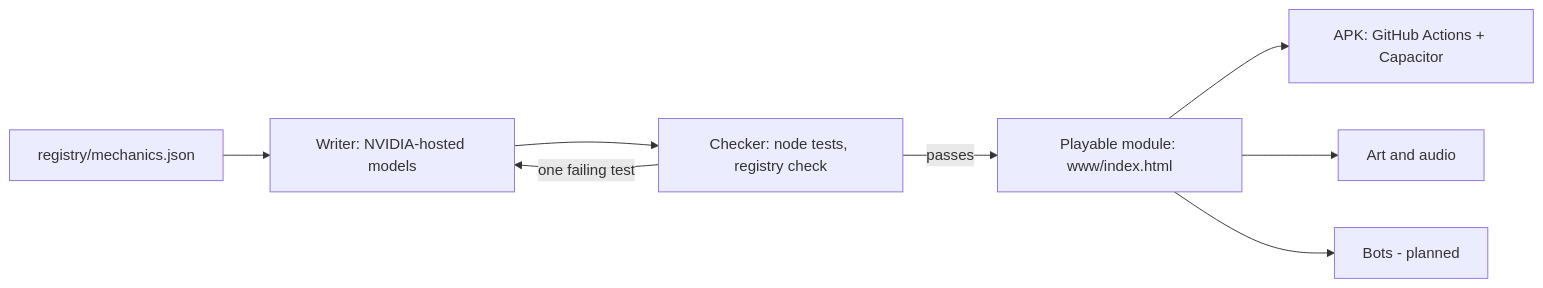
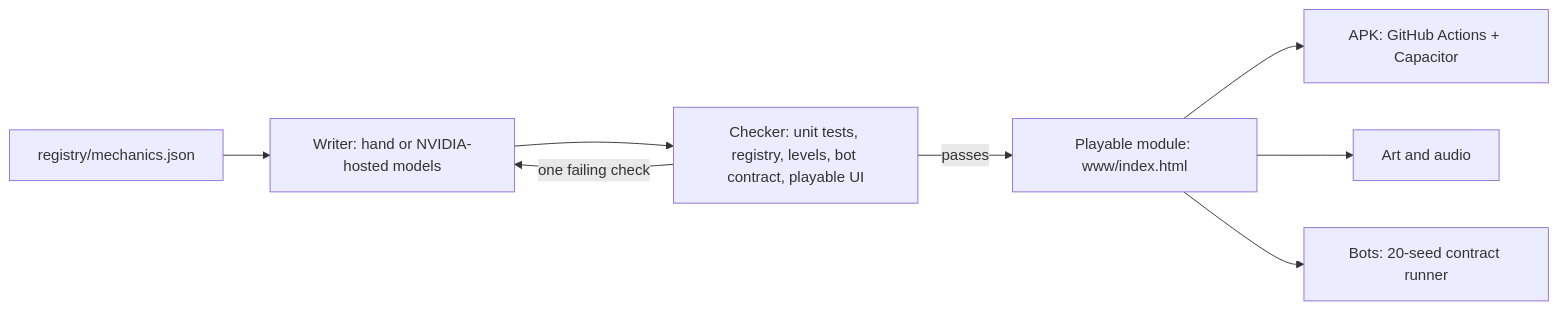
One commit to layer8labs8/GAME-OF-EVERYTHING changed the diagram in README.md. Above: the diagram before and after it, drawn with Mermaid. The commit also changed other lines of this file and 315 other files, not shown here.

Commit message:
feat: complete batch of 9 mechanics and verify all 44 playable games

````diff
--- a/README.md
+++ b/README.md
@@ -45,10 +45,10 @@
 ```mermaid
 flowchart LR
-  R[registry/mechanics.json] --> W[Writer: NVIDIA-hosted models]
-  W --> C[Checker: node tests, registry check]
-  C -- one failing test --> W
+  R[registry/mechanics.json] --> W[Writer: hand or NVIDIA-hosted models]
+  W --> C[Checker: unit tests, registry, levels, bot contract, playable UI]
+  C -- one failing check --> W
   C -- passes --> P[Playable module: www/index.html]
   P --> K[APK: GitHub Actions + Capacitor]
   P --> A[Art and audio]
-  P --> B[Bots - planned]
+  P --> B[Bots: 20-seed contract runner]
 ```
````
